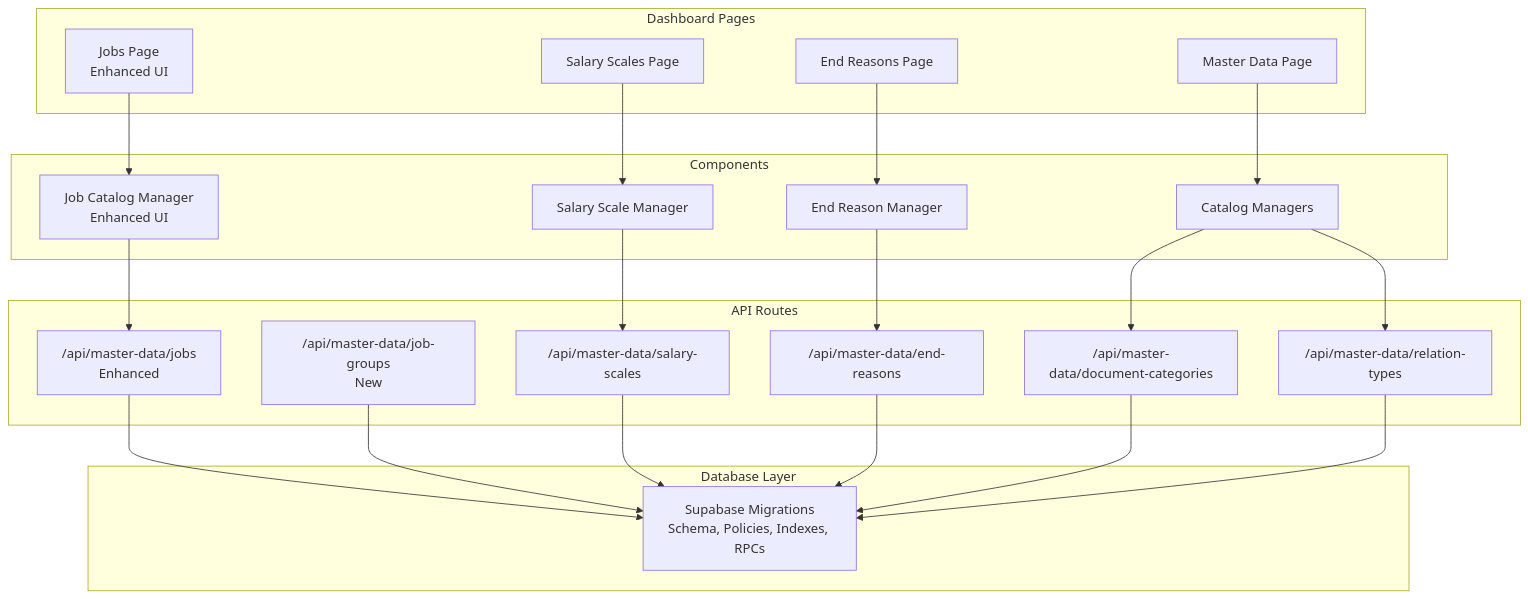
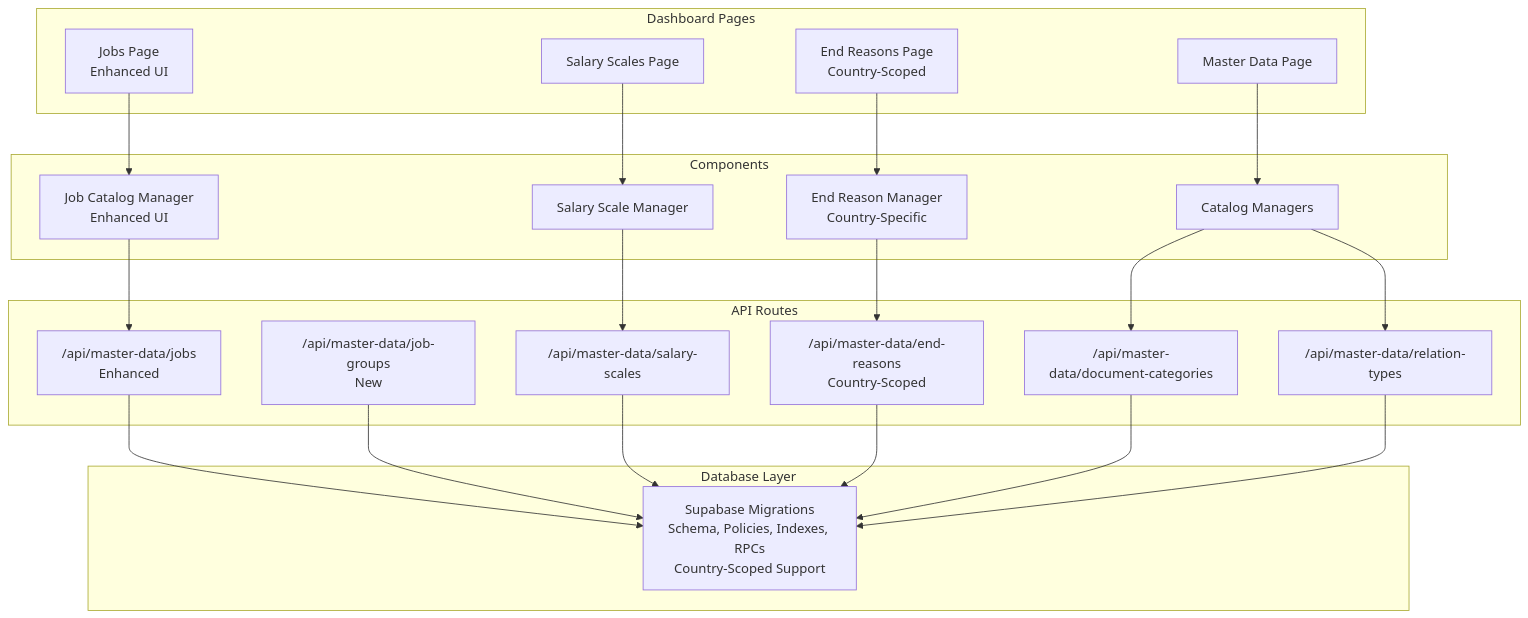
The first of 8 diagrams in .qoder/repowiki/en/content/Administration/Master Data Management.md (EdwinCycling/LiquidHR), drawn with Mermaid before and after one commit. The commit also changed other lines of this file and 73 other files, not shown here.

````diff
--- a/.qoder/repowiki/en/content/Administration/Master Data Management.md
+++ b/.qoder/repowiki/en/content/Administration/Master Data Management.md
@@ -63,41 +67,41 @@
 ```mermaid
 graph TB
 subgraph "Dashboard Pages"
 MDPage["Master Data Page"]
 JobsPage["Jobs Page<br/>Enhanced UI"]
 ScalesPage["Salary Scales Page"]
-EndReasonsPage["End Reasons Page"]
+EndReasonsPage["End Reasons Page<br/>Country-Scoped"]
 end
 subgraph "Components"
 CatalogManagers["Catalog Managers"]
 JobManager["Job Catalog Manager<br/>Enhanced UI"]
 ScaleManager["Salary Scale Manager"]
-EndReasonManager["End Reason Manager"]
+EndReasonManager["End Reason Manager<br/>Country-Specific"]
 end
 subgraph "API Routes"
 JobsAPI["/api/master-data/jobs<br/>Enhanced"]
 GroupsAPI["/api/master-data/job-groups<br/>New"]
 ScalesAPI["/api/master-data/salary-scales"]
-EndReasonsAPI["/api/master-data/end-reasons"]
+EndReasonsAPI["/api/master-data/end-reasons<br/>Country-Scoped"]
 DocCatsAPI["/api/master-data/document-categories"]
 RelTypesAPI["/api/master-data/relation-types"]
 end
 subgraph "Database Layer"
-Migrations["Supabase Migrations<br/>Schema, Policies, Indexes, RPCs"]
+Migrations["Supabase Migrations<br/>Schema, Policies, Indexes, RPCs<br/>Country-Scoped Support"]
 end
 MDPage --> CatalogManagers
 JobsPage --> JobManager
 ScalesPage --> ScaleManager
 EndReasonsPage --> EndReasonManager
 JobManager --> JobsAPI
 ScaleManager --> ScalesAPI
 EndReasonManager --> EndReasonsAPI
 CatalogManagers --> DocCatsAPI
 CatalogManagers --> RelTypesAPI
 JobsAPI --> Migrations
 GroupsAPI --> Migrations
 ScalesAPI --> Migrations
 EndReasonsAPI --> Migrations
 DocCatsAPI --> Migrations
 RelTypesAPI --> Migrations
 ```
````
